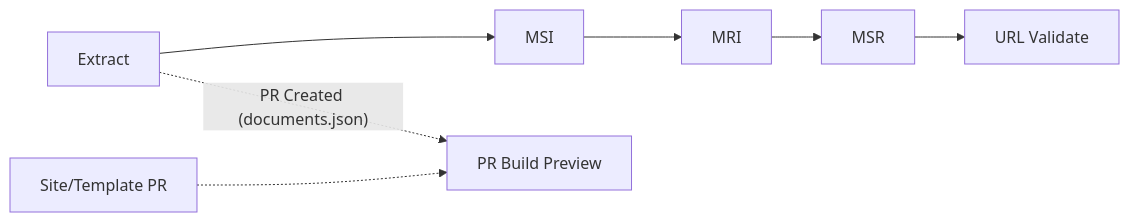
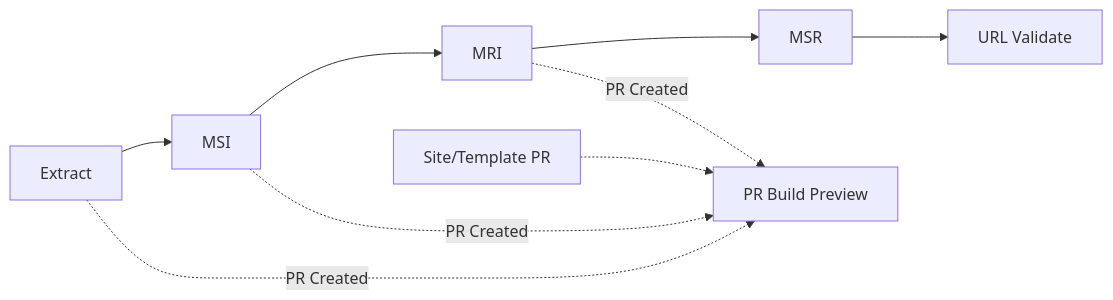
One commit to SteveLLamb/mediastandards-registry changed the diagram in README.md. Above: the diagram before and after it, drawn with Mermaid. The commit also changed other lines of this file, not shown here.

````diff
--- a/README.md
+++ b/README.md
@@ -61,11 +61,13 @@
 ```mermaid
 graph LR
   A[Extract] --> B[MSI]
   B --> C[MRI]
   C --> D[MSR]
   D --> E[URL Validate]
 
   %% PR preview paths (dotted lines indicate PR-triggered previews)
-  A -. "PR Created (documents.json)" .-> P[PR Build Preview]
+  A -. "PR Created" .-> P[PR Build Preview]
+  B -. "PR Created" .-> P
+  C -. "PR Created" .-> P
   S[Site/Template PR] -.-> P
 ```
````
